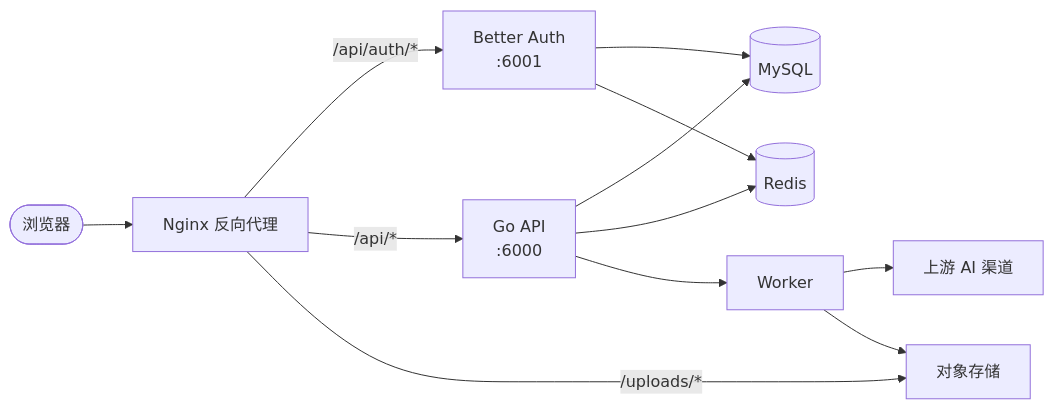
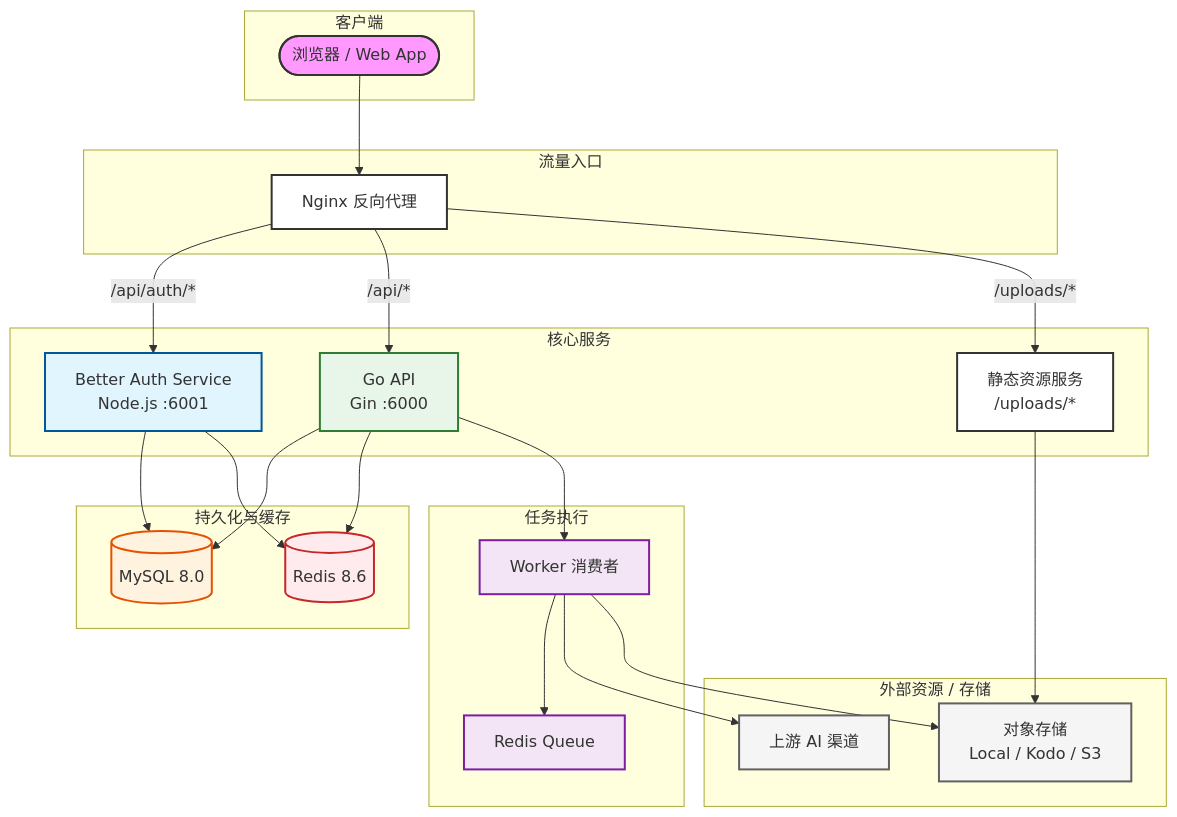
Before and after one commit to Ericsunsk/IdeaBoard: the diagram in README.md, drawn with Mermaid.

Commit message:
docs: add Static->Storage link and style missing nodes in architecture diagram

````diff
--- a/README.md
+++ b/README.md
@@ -68,16 +68,69 @@
 ```mermaid
-graph LR
-  Browser([浏览器]) --> Nginx[Nginx 反向代理]
-  Nginx -->|/api/auth/*| Auth[Better Auth<br/>:6001]
-  Nginx -->|/api/*| API[Go API<br/>:6000]
-  Nginx -->|/uploads/*| OSS[对象存储]
+graph TD
+  %% Client Layer
+  subgraph Client [客户端]
+    Browser([浏览器 / Web App])
+  end
 
-  API --> DB[(MySQL)]
-  API --> Cache[(Redis)]
-  API --> Worker[Worker]
-  Auth --> DB
-  Auth --> Cache
+  %% Gateway Layer
+  subgraph Gateway [流量入口]
+    Nginx[Nginx 反向代理]
+  end
 
-  Worker --> AI[上游 AI 渠道]
-  Worker --> OSS
+  %% Logic Layer
+  subgraph Services [核心服务]
+    Auth[Better Auth Service<br/>Node.js :6001]
+    GoAPI[Go API<br/>Gin :6000]
+    Static[静态资源服务<br/>/uploads/*]
+  end
+
+  %% Persistence Layer
+  subgraph Persistence [持久化与缓存]
+    MySQL[(MySQL 8.0)]
+    Redis[(Redis 8.6)]
+  end
+
+  %% Async Layer
+  subgraph Execution [任务执行]
+    Worker[Worker 消费者]
+    Queue[Redis Queue]
+  end
+
+  %% Cloud/Storage Layer
+  subgraph External [外部资源 / 存储]
+    AI[上游 AI 渠道]
+    Storage[对象存储<br/>Local / Kodo / S3]
+  end
+
+  %% Traffic Flow
+  Browser --> Nginx
+  Nginx -->|/api/auth/*| Auth
+  Nginx -->|/api/*| GoAPI
+  Nginx -->|/uploads/*| Static
+
+  %% Data Flow
+  Auth --> MySQL
+  Auth --> Redis
+  GoAPI --> MySQL
+  GoAPI --> Redis
+
+  %% Task Flow
+  GoAPI --> Worker
+  Worker --> Queue
+  Worker --> AI
+  Worker --> Storage
+  Static --> Storage
+
+  %% Styling
+  style Browser fill:#f9f,stroke:#333,stroke-width:2px
+  style Nginx fill:#fff,stroke:#333,stroke-width:2px
+  style Auth fill:#e1f5fe,stroke:#01579b,stroke-width:2px
+  style GoAPI fill:#e8f5e9,stroke:#2e7d32,stroke-width:2px
+  style MySQL fill:#fff3e0,stroke:#e65100,stroke-width:2px
+  style Redis fill:#ffebee,stroke:#c62828,stroke-width:2px
+  style Worker fill:#f3e5f5,stroke:#7b1fa2,stroke-width:2px
+  style Queue fill:#f3e5f5,stroke:#7b1fa2,stroke-width:2px
+  style Static fill:#fff,stroke:#333,stroke-width:2px
+  style AI fill:#f5f5f5,stroke:#616161,stroke-width:2px
+  style Storage fill:#f5f5f5,stroke:#616161,stroke-width:2px
 ```
````
